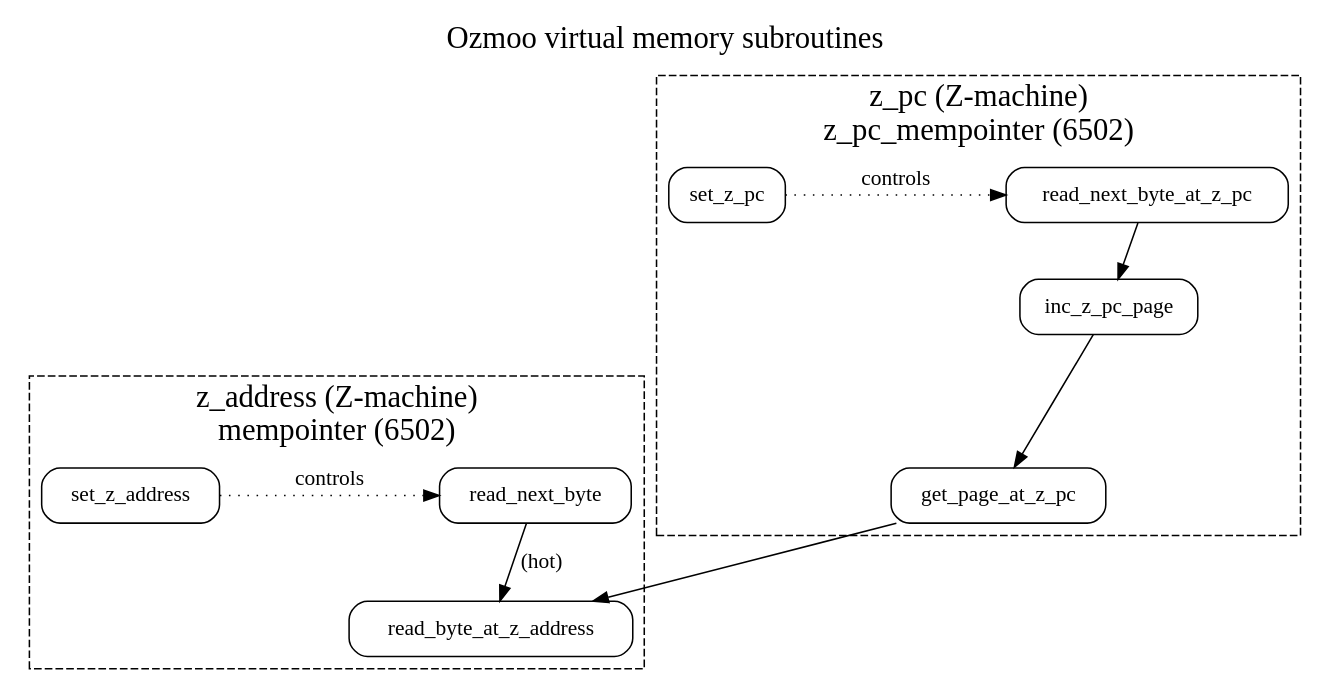
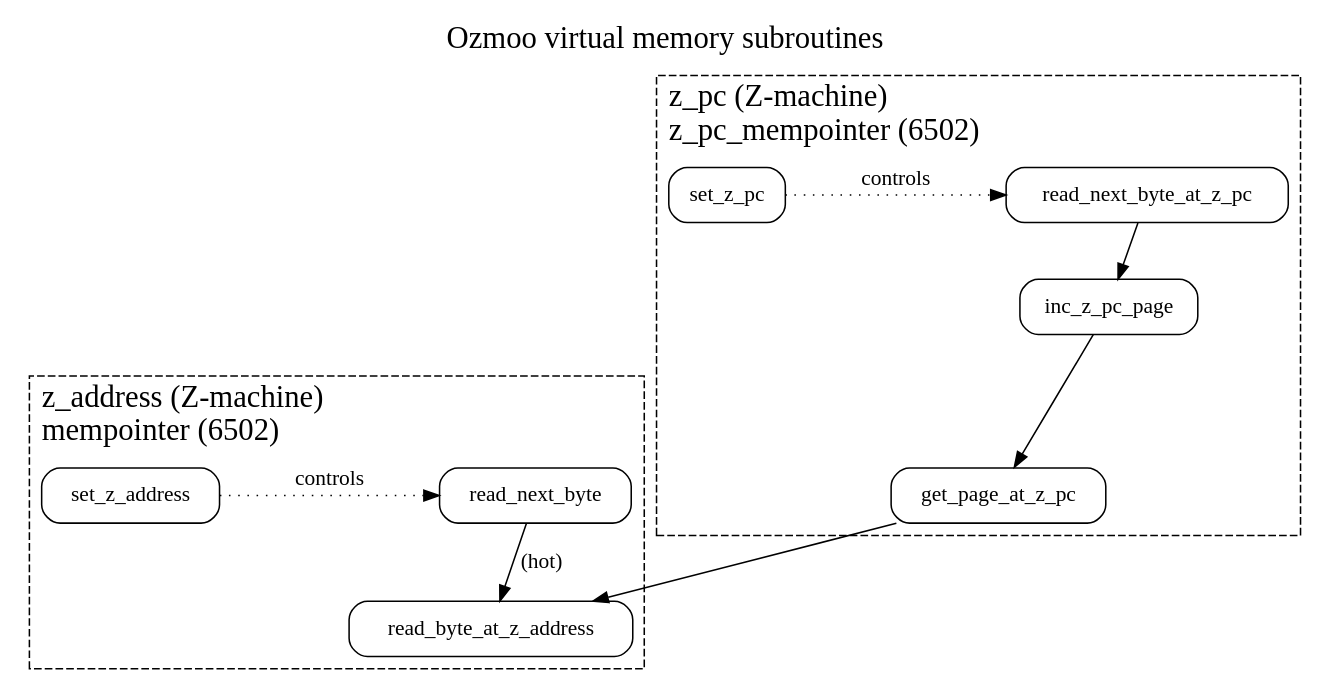
One commit to ZornsLemma/ozmoo changed the diagram in documentation/techdocs/vm-subroutines.dot. Above: the diagram before and after it, drawn with Graphviz.

Commit message:
WIP subroutine diagram

```diff
--- a/documentation/techdocs/vm-subroutines.dot
+++ b/documentation/techdocs/vm-subroutines.dot
@@ -1,27 +1,28 @@
 digraph subroutines {
     graph [nodesep=1, label="Ozmoo virtual memory subroutines", fontsize=20, labelloc=t];
     node [shape=rectangle, style=rounded];
 
     # string_array_read_byte -> read_byte_at_z_address;
     # parse_array_read_byte -> read_byte_at_z_address;
 
     subgraph cluster_mempointer {
-	label = "z_address (Z-machine)\nmempointer (6502)";
+	label = "z_address (Z-machine)\lmempointer (6502)\l";
+	labeljust="l";
 	style=dashed;
 	{ rank=same; set_z_address -> read_next_byte [label="controls", style=dotted] };
 	read_next_byte -> read_byte_at_z_address [label="(hot)"];
     }
 
     subgraph cluster_z_pc_mempointer {
-	label = "z_pc (Z-machine)\nz_pc_mempointer (6502)";
+	label = "z_pc (Z-machine)\lz_pc_mempointer (6502)\l";
+	labeljust="l";
 	style=dashed
 	{ rank=same; set_z_pc -> read_next_byte_at_z_pc [label="controls", style=dotted] };
 	read_next_byte_at_z_pc -> inc_z_pc_page;
 	inc_z_pc_page -> get_page_at_z_pc;
     }
 
     get_page_at_z_pc -> read_byte_at_z_address;
-
 }
 
 # vi: sw=4 sts=4
```
